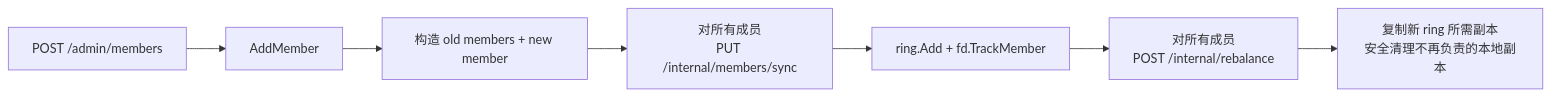
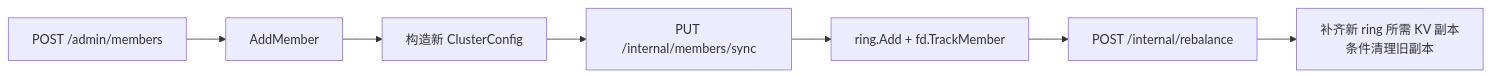
Before and after one commit to huanzichen00/minidist: the eighth of 9 diagrams in ARCHITECTURE.md, drawn with Mermaid. The commit also changed other lines of this file, not shown here.

Commit message:
docs: update architecture for object storage layer

````diff
--- a/ARCHITECTURE.md
+++ b/ARCHITECTURE.md
@@ -269,9 +443,9 @@
 ```mermaid
 flowchart LR
     A[POST /admin/members] --> B[AddMember]
-    B --> C[构造 old members + new member]
-    C --> D[对所有成员\nPUT /internal/members/sync]
+    B --> C[构造新 ClusterConfig]
+    C --> D[PUT /internal/members/sync]
     D --> E[ring.Add + fd.TrackMember]
-    E --> F[对所有成员\nPOST /internal/rebalance]
-    F --> G[复制新 ring 所需副本\n安全清理不再负责的本地副本]
+    E --> F[POST /internal/rebalance]
+    F --> G[补齐新 ring 所需 KV 副本\n条件清理旧副本]
 ```
````
